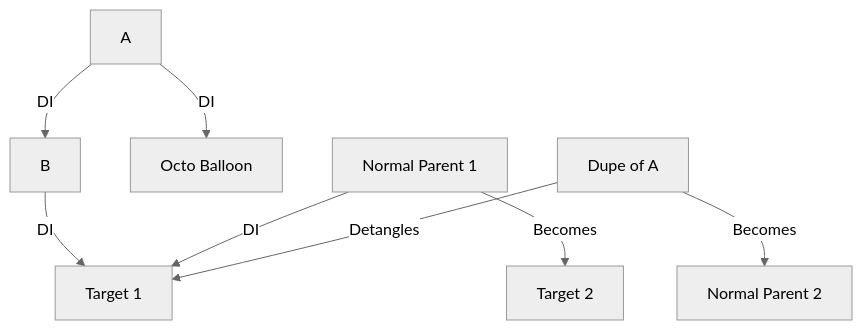
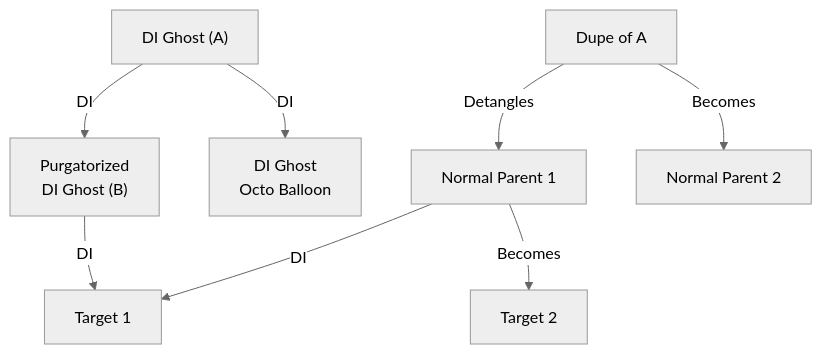
One commit to BKMzero/ultrabroken-documentation changed the ninth of 14 diagrams in docs/wiki/glitchcraft/batch-despawn-interrupt.md. Above: the diagram before and after it, drawn with Mermaid (neutral theme). The commit also changed other lines of this file, not shown here.

````diff
--- a/docs/wiki/glitchcraft/batch-despawn-interrupt.md
+++ b/docs/wiki/glitchcraft/batch-despawn-interrupt.md
@@ -671,10 +671,19 @@
             ```mermaid
             graph TD
-                A[A] -->|DI| B[B]
-                A -->|DI| C[Octo Balloon]
-                B -->|DI| D[Target 1]
-                E[Normal Parent 1] -->|DI| D
-                F[Dupe of A] -->|Detangles| D
-                E -->|Becomes| G[Target 2]
-                F -->|Becomes| H[Normal Parent 2]
+                A["DI Ghost (A)"]
+                B["Purgatorized<br/>DI Ghost (B)"]
+                OCTO["DI Ghost<br/> Octo Balloon"]
+                C[Target 1]
+                D[Normal Parent 1]
+                E[Dupe of A]
+                F[Target 2]
+                G[Normal Parent 2]
+
+                A -->|DI| B
+                A -->|DI| OCTO
+                B -->|DI| C
+                D -->|DI| C
+                E -->|Detangles| D
+                D -->|Becomes| F
+                E -->|Becomes| G
             ```
````
